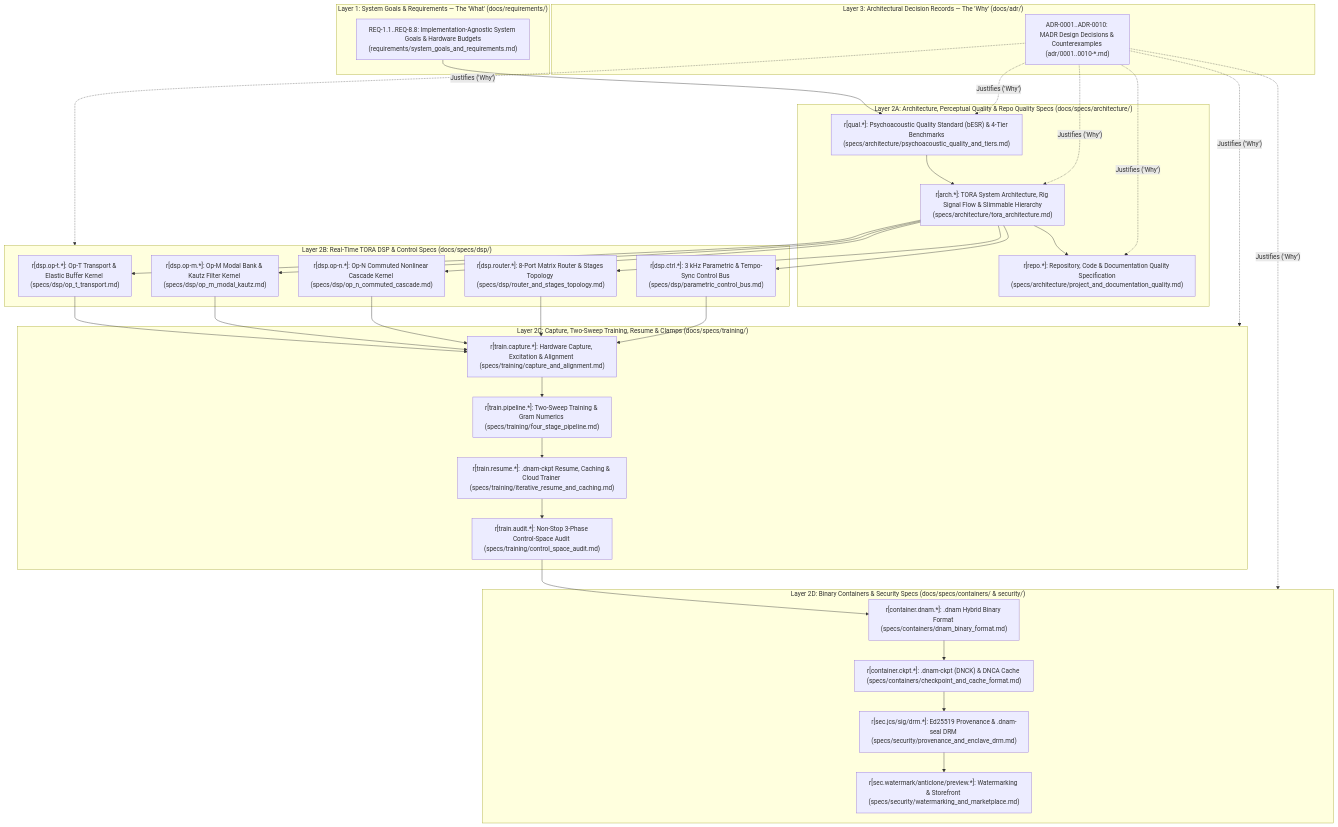
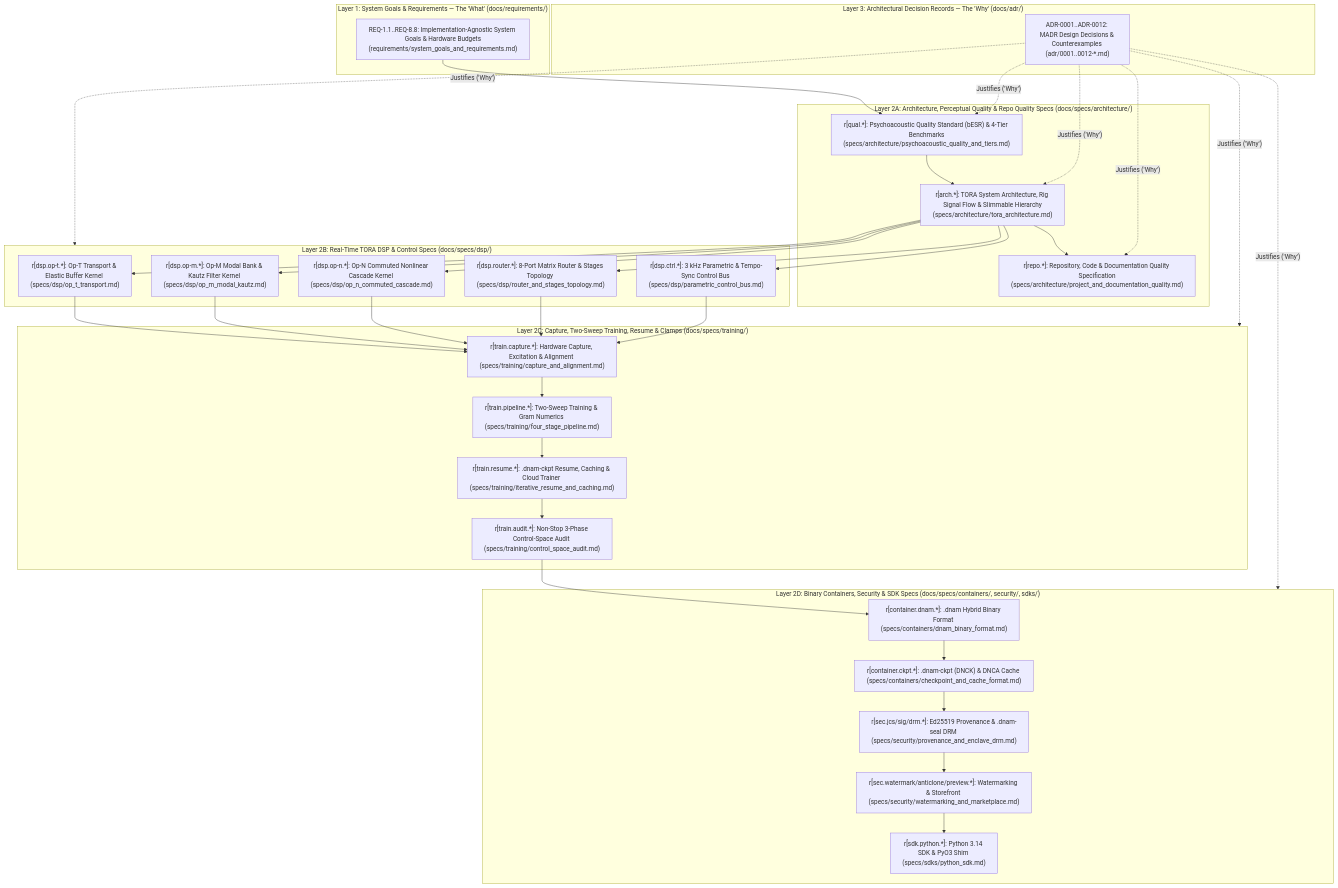
One commit to dnam-project/dnam changed the diagram in docs/index.md. Above: the diagram before and after it, drawn with Mermaid. The commit also changed other lines of this file and 124 other files, not shown here.

First line of the commit message:
feat(python): implement TORA v2.0 Python SDK (dnam), ADR-0012, Scalene profiling, and examples

````diff
--- a/docs/index.md
+++ b/docs/index.md
@@ -16,47 +16,48 @@
 ```mermaid
 flowchart TD
     subgraph Req ["Layer 1: System Goals & Requirements — The 'What' (docs/requirements/)"]
         G1["REQ-1.1..REQ-8.8: Implementation-Agnostic System Goals & Hardware Budgets<br/>(requirements/system_goals_and_requirements.md)"]
     end
 
     subgraph SpecsArch ["Layer 2A: Architecture, Perceptual Quality & Repo Quality Specs (docs/specs/architecture/)"]
         G2["r[qual.*]: Psychoacoustic Quality Standard (bESR) & 4-Tier Benchmarks<br/>(specs/architecture/psychoacoustic_quality_and_tiers.md)"]
         G3["r[arch.*]: TORA System Architecture, Rig Signal Flow & Slimmable Hierarchy<br/>(specs/architecture/tora_architecture.md)"]
         G4["r[repo.*]: Repository, Code & Documentation Quality Specification<br/>(specs/architecture/project_and_documentation_quality.md)"]
         G2 --> G3 --> G4
     end
 
     subgraph SpecsDSP ["Layer 2B: Real-Time TORA DSP & Control Specs (docs/specs/dsp/)"]
         D1["r[dsp.op-t.*]: Op-T Transport & Elastic Buffer Kernel (specs/dsp/op_t_transport.md)"]
         D2["r[dsp.op-m.*]: Op-M Modal Bank & Kautz Filter Kernel (specs/dsp/op_m_modal_kautz.md)"]
         D3["r[dsp.op-n.*]: Op-N Commuted Nonlinear Cascade Kernel (specs/dsp/op_n_commuted_cascade.md)"]
         D4["r[dsp.router.*]: 8-Port Matrix Router & Stages Topology (specs/dsp/router_and_stages_topology.md)"]
         D5["r[dsp.ctrl.*]: 3 kHz Parametric & Tempo-Sync Control Bus (specs/dsp/parametric_control_bus.md)"]
     end
 
     subgraph SpecsTrain ["Layer 2C: Capture, Two-Sweep Training, Resume & Clamps (docs/specs/training/)"]
         T1["r[train.capture.*]: Hardware Capture, Excitation & Alignment (specs/training/capture_and_alignment.md)"]
         T2["r[train.pipeline.*]: Two-Sweep Training & Gram Numerics (specs/training/four_stage_pipeline.md)"]
         T3["r[train.resume.*]: .dnam-ckpt Resume, Caching & Cloud Trainer (specs/training/iterative_resume_and_caching.md)"]
         T4["r[train.audit.*]: Non-Stop 3-Phase Control-Space Audit (specs/training/control_space_audit.md)"]
         T1 --> T2 --> T3 --> T4
     end
 
-    subgraph SpecsCont ["Layer 2D: Binary Containers & Security Specs (docs/specs/containers/ & security/)"]
+    subgraph SpecsCont ["Layer 2D: Binary Containers, Security & SDK Specs (docs/specs/containers/, security/, sdks/)"]
         C1["r[container.dnam.*]: .dnam Hybrid Binary Format (specs/containers/dnam_binary_format.md)"]
         C2["r[container.ckpt.*]: .dnam-ckpt (DNCK) & DNCA Cache (specs/containers/checkpoint_and_cache_format.md)"]
         S1["r[sec.jcs/sig/drm.*]: Ed25519 Provenance & .dnam-seal DRM (specs/security/provenance_and_enclave_drm.md)"]
         S2["r[sec.watermark/anticlone/preview.*]: Watermarking & Storefront (specs/security/watermarking_and_marketplace.md)"]
-        C1 --> C2 --> S1 --> S2
+        K1["r[sdk.python.*]: Python 3.14 SDK & PyO3 Shim (specs/sdks/python_sdk.md)"]
+        C1 --> C2 --> S1 --> S2 --> K1
     end
 
     subgraph ADRs ["Layer 3: Architectural Decision Records — The 'Why' (docs/adr/)"]
-        A1["ADR-0001..ADR-0010: MADR Design Decisions & Counterexamples (adr/0001..0010-*.md)"]
+        A1["ADR-0001..ADR-0012: MADR Design Decisions & Counterexamples (adr/0001..0012-*.md)"]
     end
 
     G1 --> G2
     G3 --> D1 & D2 & D3 & D4 & D5
     D1 & D2 & D3 & D4 & D5 --> T1
     T4 --> C1
     A1 -.->|"Justifies ('Why')"| G2 & G3 & G4 & SpecsDSP & SpecsTrain & SpecsCont
 ```
````
